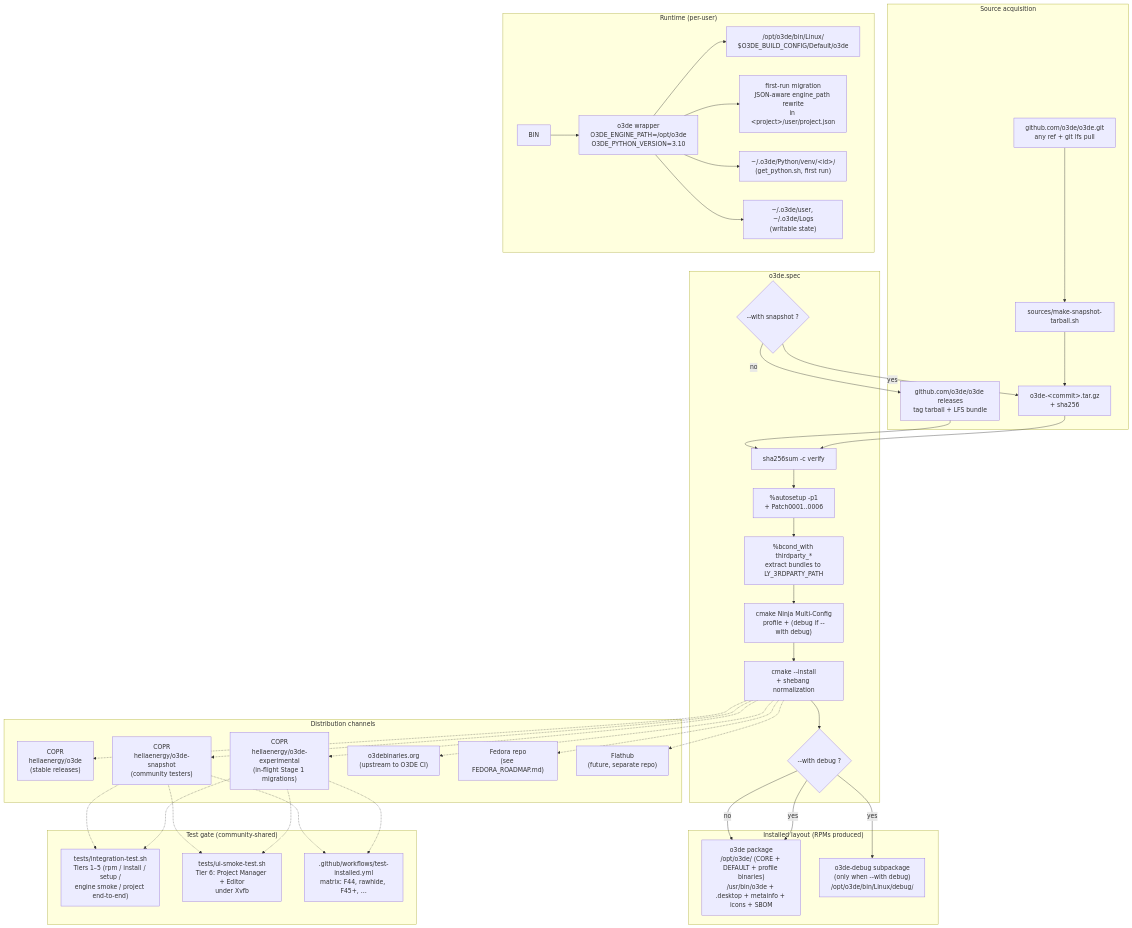
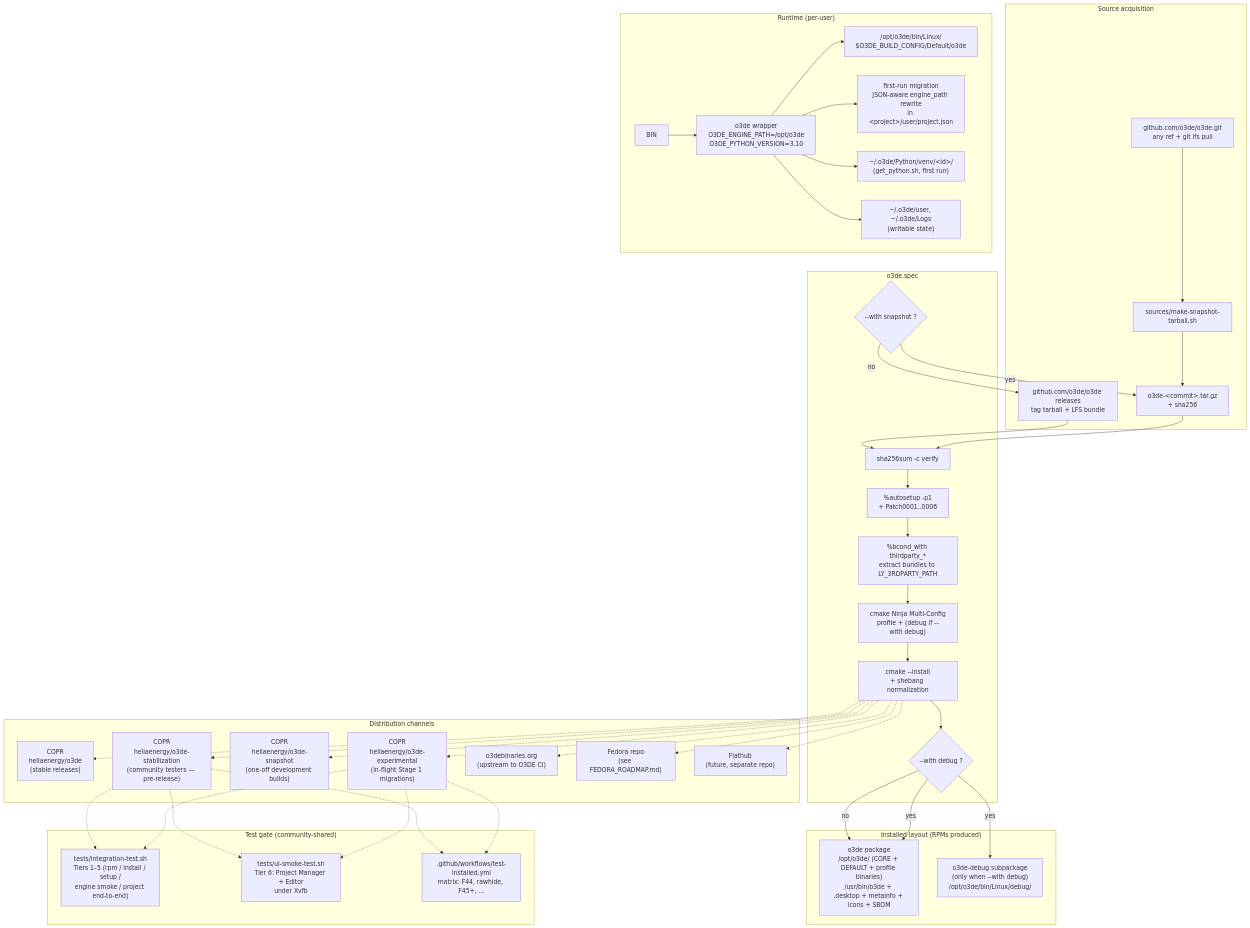
The diagram in ARCHITECTURE.md (nickschuetz/o3de-rpm), drawn with Mermaid before and after one commit. The commit also changed other lines of this file and 8 other files, not shown here.

````diff
--- a/ARCHITECTURE.md
+++ b/ARCHITECTURE.md
@@ -7,72 +7,74 @@
 ```mermaid
 flowchart TB
     subgraph SRC["Source acquisition"]
         S1["github.com/o3de/o3de releases<br/>tag tarball + LFS bundle"]
         S2["github.com/o3de/o3de.git<br/>any ref + git lfs pull"]
         SH["sources/make-snapshot-tarball.sh"]
         S2 --> SH --> SNAP["o3de-&lt;commit&gt;.tar.gz<br/>+ sha256"]
     end
 
     subgraph SPEC["o3de.spec"]
         BC{"--with snapshot ?"}
         SHA["sha256sum -c verify"]
         AUTO["%autosetup -p1<br/>+ Patch0001..0006"]
         TP["%bcond_with thirdparty_*<br/>extract bundles to LY_3RDPARTY_PATH"]
         BUILD["cmake Ninja Multi-Config<br/>profile + (debug if --with debug)"]
         INST["cmake --install<br/>+ shebang normalization"]
         DBG{"--with debug ?"}
         BC -->|no| S1
         BC -->|yes| SNAP
         S1 --> SHA
         SNAP --> SHA
         SHA --> AUTO --> TP --> BUILD --> INST
         INST --> DBG
     end
 
     subgraph INSTALL["Installed layout (RPMs produced)"]
         MAIN["o3de package<br/>/opt/o3de/ (CORE + DEFAULT + profile binaries)<br/>/usr/bin/o3de + .desktop + metainfo + icons + SBOM"]
         DBGPKG["o3de-debug subpackage<br/>(only when --with debug)<br/>/opt/o3de/bin/Linux/debug/"]
         DBG -->|no| MAIN
         DBG -->|yes| MAIN
         DBG -->|yes| DBGPKG
     end
 
     subgraph RT["Runtime (per-user)"]
         WRAP["o3de wrapper<br/>O3DE_ENGINE_PATH=/opt/o3de<br/>O3DE_PYTHON_VERSION=3.10"]
         MIG["first-run migration<br/>JSON-aware engine_path rewrite<br/>in &lt;project&gt;/user/project.json"]
         PY["~/.o3de/Python/venv/&lt;id&gt;/<br/>(get_python.sh, first run)"]
         UD["~/.o3de/user, ~/.o3de/Logs<br/>(writable state)"]
         ENG["/opt/o3de/bin/Linux/<br/>$O3DE_BUILD_CONFIG/Default/o3de"]
         BIN --> WRAP --> ENG
         WRAP --> MIG
         WRAP --> PY
         WRAP --> UD
     end
 
     subgraph DIST["Distribution channels"]
         DC1A["COPR<br/>hellaenergy/o3de<br/>(stable releases)"]
-        DC1B["COPR<br/>hellaenergy/o3de-snapshot<br/>(community testers)"]
+        DC1B["COPR<br/>hellaenergy/o3de-stabilization<br/>(community testers — pre-release)"]
+        DC1S["COPR<br/>hellaenergy/o3de-snapshot<br/>(one-off development builds)"]
         DC1C["COPR<br/>hellaenergy/o3de-experimental<br/>(in-flight Stage 1 migrations)"]
         DC2["o3debinaries.org<br/>(upstream to O3DE CI)"]
         DC3["Fedora repo<br/>(see FEDORA_ROADMAP.md)"]
         DC4["Flathub<br/>(future, separate repo)"]
         INST -.-> DC1A
         INST -.-> DC1B
+        INST -.-> DC1S
         INST -.-> DC1C
         INST -.-> DC2
         INST -.-> DC3
         INST -.-> DC4
     end
 
     subgraph TEST["Test gate (community-shared)"]
         T1["tests/integration-test.sh<br/>Tiers 1–5 (rpm / install / setup /<br/>engine smoke / project end-to-end)"]
         T2["tests/ui-smoke-test.sh<br/>Tier 6: Project Manager + Editor<br/>under Xvfb"]
         T3[".github/workflows/test-installed.yml<br/>matrix: F44, rawhide, F45+, …"]
         DC1B -.-> T1
         DC1B -.-> T2
         DC1B -.-> T3
         DC1C -.-> T1
         DC1C -.-> T2
         DC1C -.-> T3
     end
 ```
````
